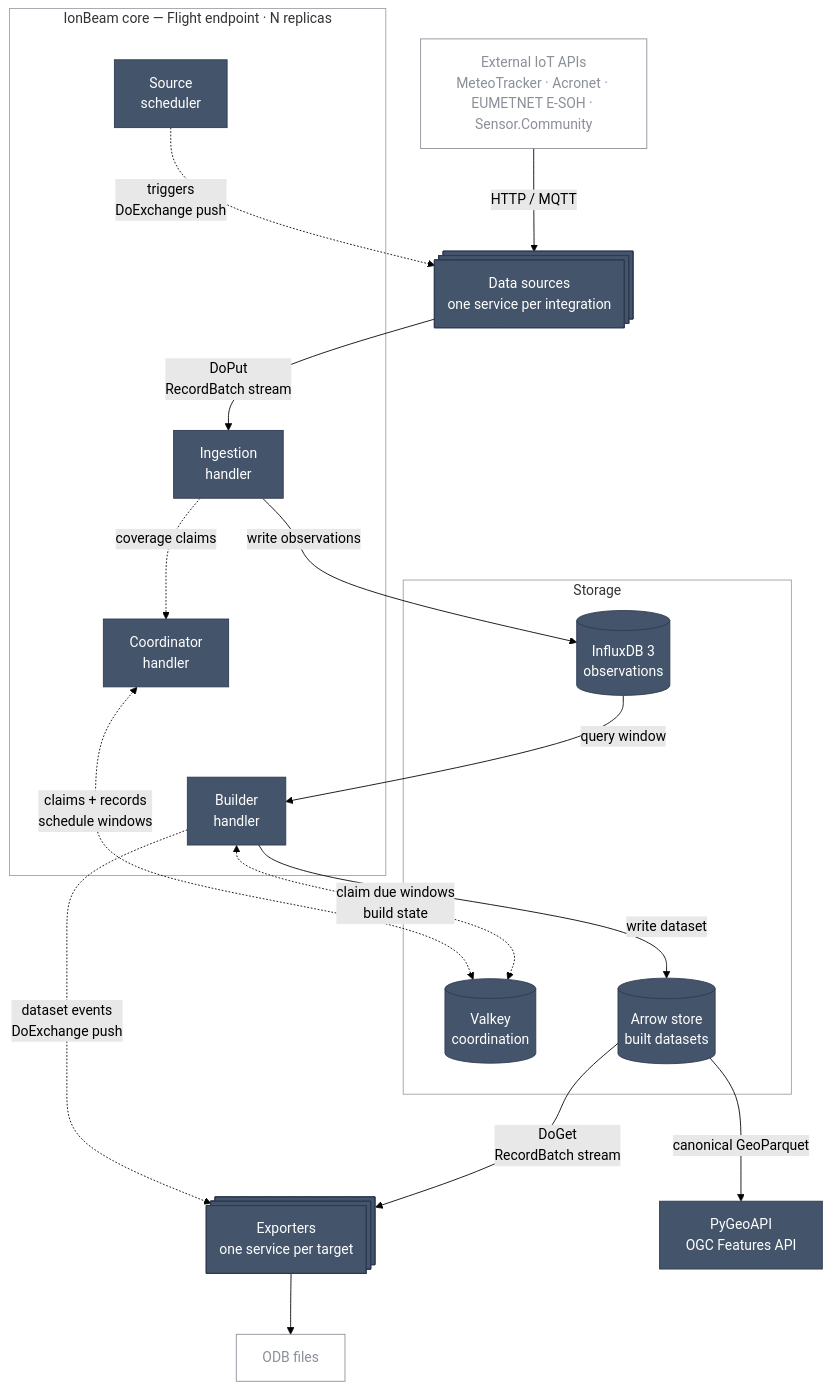
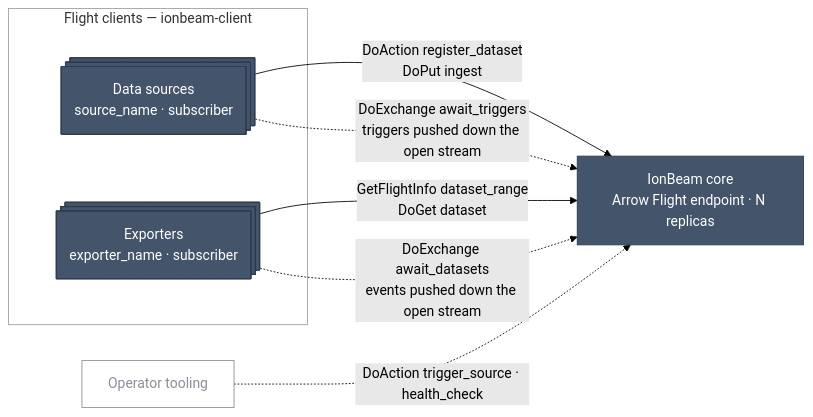
One commit to ecmwf/IonBeam changed the diagram in README.md. Above: the diagram before and after it, drawn with Mermaid (forest theme). The commit also changed other lines of this file and 15 other files, not shown here.

````diff
--- a/README.md
+++ b/README.md
@@ -50,50 +52,27 @@
 ```mermaid
-%%{init: {"flowchart": {"diagramPadding": 12, "nodeSpacing": 60, "rankSpacing": 70, "htmlLabels": true}}}%%
-flowchart TB
+%%{init: {"flowchart": {"diagramPadding": 12, "nodeSpacing": 55, "rankSpacing": 110, "htmlLabels": true}}}%%
+flowchart LR
 
-EXT["External IoT APIs<br/>MeteoTracker · Acronet · EUMETNET E-SOH · Sensor.Community"]
-
-SOURCES@{ shape: procs, label: "Data sources<br/>one service per integration" }
-
-subgraph CORE["IonBeam core — Flight endpoint · N replicas"]
-  SCHED["Source<br/>scheduler"]
-  ING["Ingestion<br/>handler"]
-  COORD["Coordinator<br/>handler"]
-  BUILD["Builder<br/>handler"]
+subgraph CLIENTS["Flight clients — ionbeam-client"]
+  SRC@{ shape: procs, label: "Data sources<br/>source_name · subscriber" }
+  EXP@{ shape: procs, label: "Exporters<br/>exporter_name · subscriber" }
 end
 
-subgraph STORES["Storage"]
-  INFLUX[("InfluxDB 3<br/>observations")]
-  VALKEY[("Valkey<br/>coordination")]
-  ARROW[("Arrow store<br/>built datasets")]
-end
+OPS["Operator tooling"]
 
-EXPORTERS@{ shape: procs, label: "Exporters<br/>one service per target" }
-PYGEO["PyGeoAPI<br/>OGC Features API"]
-OUTPUTS["ODB files"]
+CORE["IonBeam core<br/>Arrow Flight endpoint · N replicas"]
 
-EXT -->|"HTTP / MQTT"| SOURCES
-SCHED -.->|"triggers<br/>DoExchange push"| SOURCES
-SOURCES -->|"DoPut<br/>RecordBatch stream"| ING
-ING -->|"write observations"| INFLUX
-ING -.->|"coverage claims"| COORD
-COORD <-.->|"claims + records<br/>schedule windows"| VALKEY
-BUILD <-.->|"claim due windows<br/>build state"| VALKEY
-INFLUX -->|"query window"| BUILD
-BUILD -->|"write dataset"| ARROW
-BUILD -.->|"dataset events<br/>DoExchange push"| EXPORTERS
-ARROW -->|"DoGet<br/>RecordBatch stream"| EXPORTERS
-EXPORTERS --> OUTPUTS
-ARROW -->|"canonical GeoParquet"| PYGEO
-
-COORD ~~~ BUILD
+SRC -->|"DoAction register_dataset<br/>DoPut ingest"| CORE
+SRC -.->|"DoExchange await_triggers<br/>triggers pushed down the open stream"| CORE
+EXP -->|"GetFlightInfo dataset_range<br/>DoGet dataset"| CORE
+EXP -.->|"DoExchange await_datasets<br/>events pushed down the open stream"| CORE
+OPS -.->|"DoAction trigger_source · health_check"| CORE
 
 classDef inside fill:#44546A,stroke:#2D3A50,color:#FFFFFF
 classDef outside fill:transparent,stroke:#8A8F98,color:#8A8F98
 
-class SOURCES,SCHED,ING,COORD,BUILD,EXPORTERS,PYGEO,INFLUX,VALKEY,ARROW inside
-class EXT,OUTPUTS outside
+class SRC,EXP,CORE inside
+class OPS outside
 
-style CORE fill:transparent,stroke:#9AA0A6,stroke-width:1px
-style STORES fill:transparent,stroke:#9AA0A6,stroke-width:1px
+style CLIENTS fill:transparent,stroke:#9AA0A6,stroke-width:1px
 ```
````
